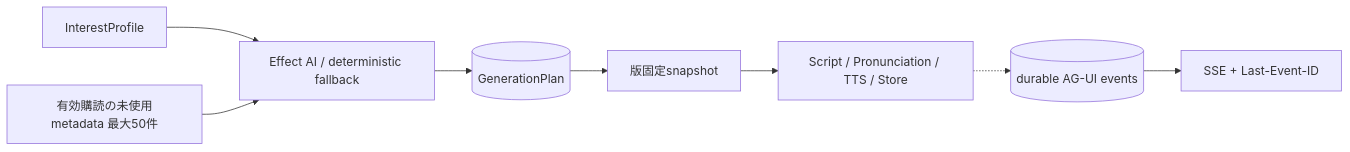
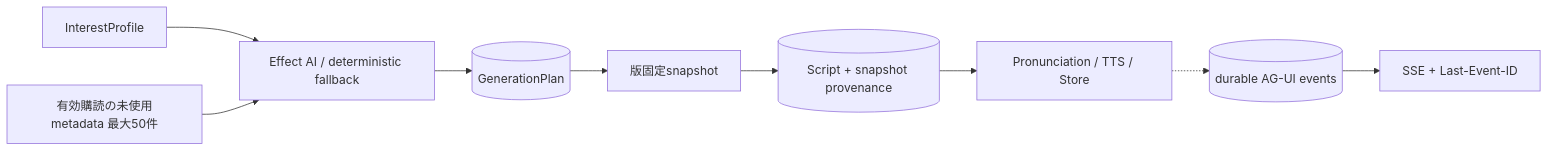
Before and after one commit to r4ai/news-podcast: the fifth of 6 diagrams in docs/design.md, drawn with Mermaid. The commit also changed other lines of this file and 8 other files, not shown here.

````diff
--- a/docs/design.md
+++ b/docs/design.md
@@ -303,10 +303,11 @@
 ```mermaid
 flowchart LR
   Profile["InterestProfile"] --> Select["Effect AI / deterministic fallback"]
   Candidates["有効購読の未使用metadata 最大50件"] --> Select
   Select --> Plan[("GenerationPlan")]
   Plan --> Materialize["版固定snapshot"]
-  Materialize --> Pipeline["Script / Pronunciation / TTS / Store"]
+  Materialize --> Checkpoint[("Script + snapshot provenance")]
+  Checkpoint --> Pipeline["Pronunciation / TTS / Store"]
   Pipeline -.-> Events[("durable AG-UI events")]
   Events --> Web["SSE + Last-Event-ID"]
 ```
````
